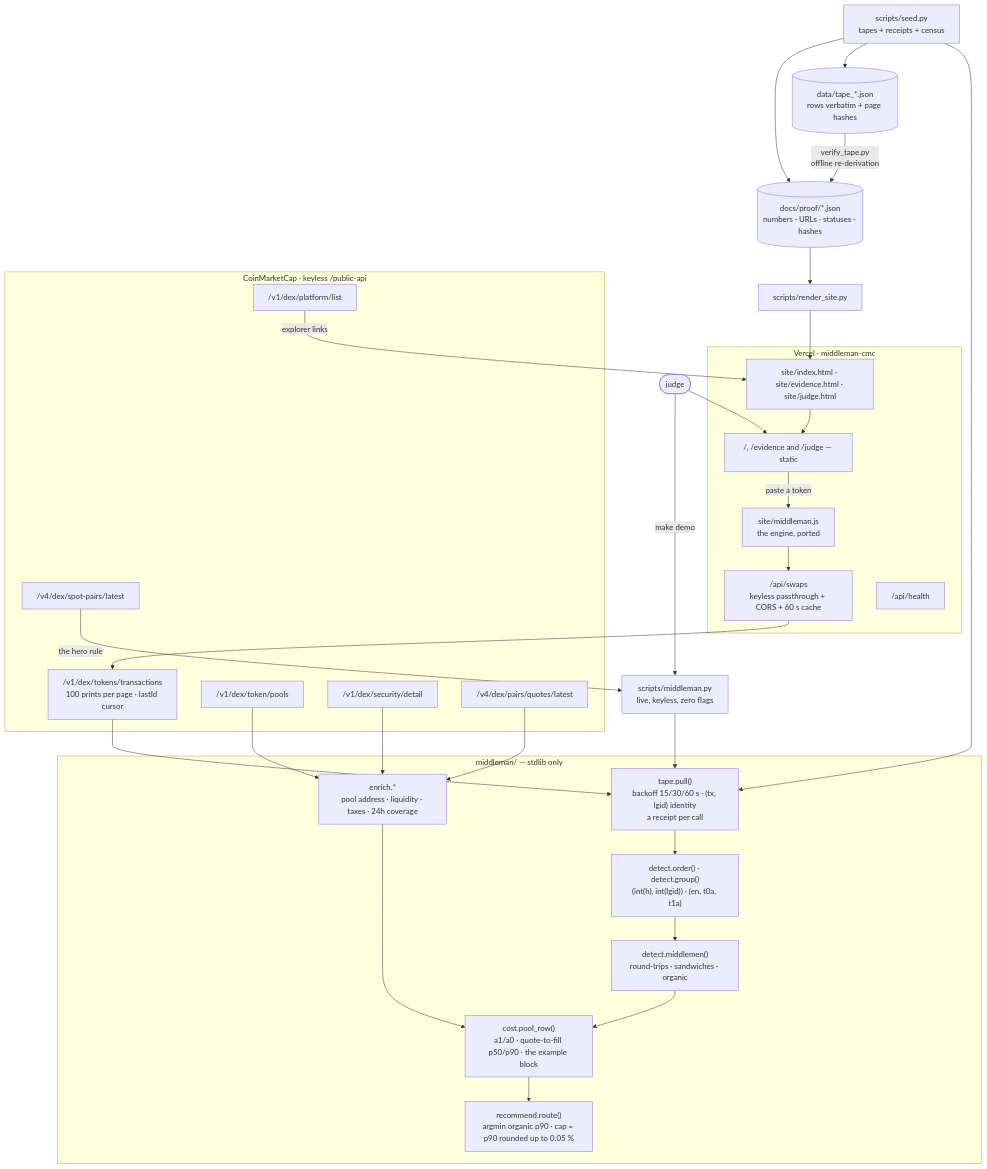
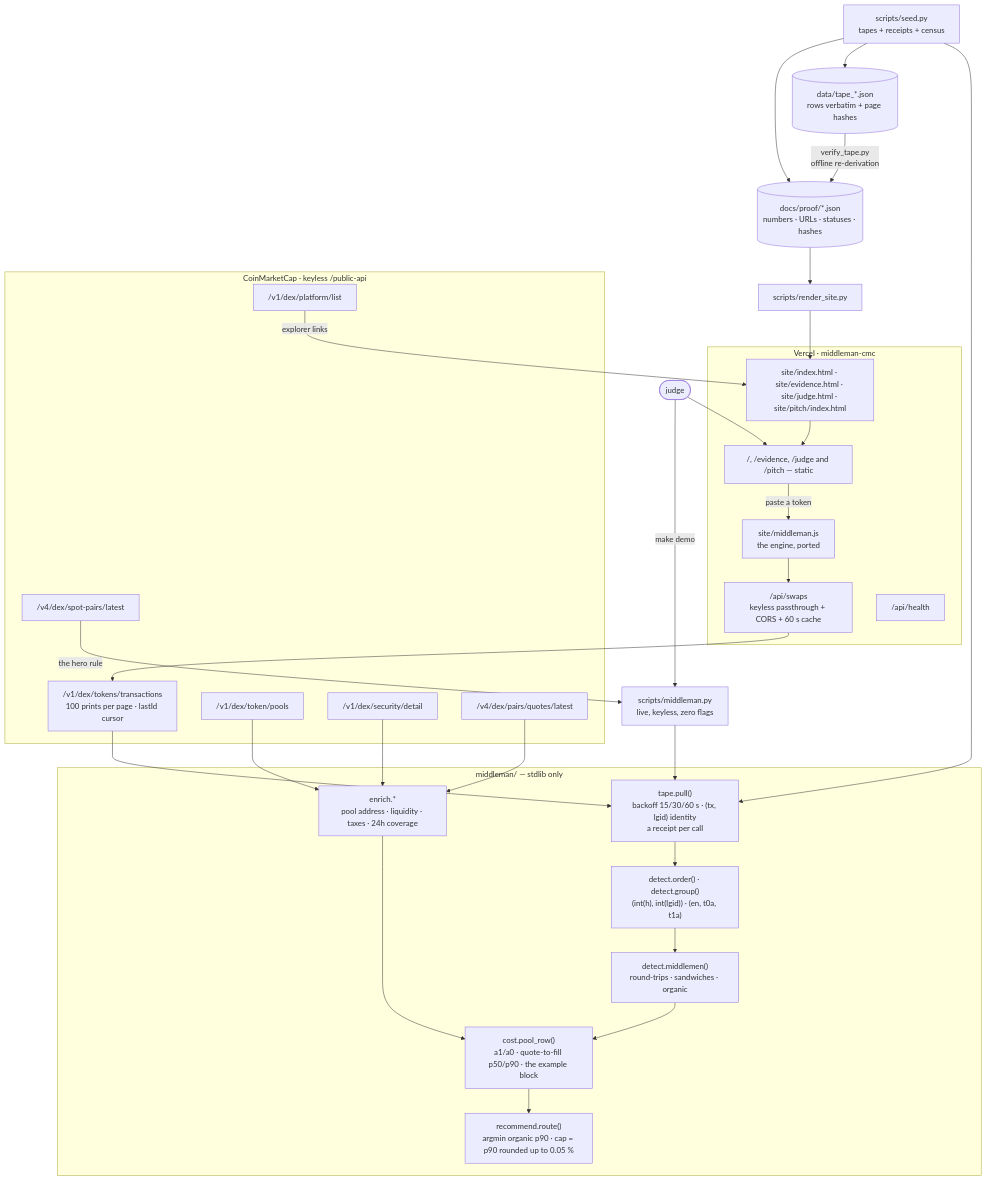
Before and after one commit to edycutjong/middleman: the diagram in ARCHITECTURE.md, drawn with Mermaid. The commit also changed other lines of this file and 1 other file, not shown here.

Commit message:
docs: the deck and the Pages host on the README first screen, the route table and the architecture

````diff
--- a/ARCHITECTURE.md
+++ b/ARCHITECTURE.md
@@ -15,42 +15,42 @@
 ```mermaid
 flowchart TD
   subgraph cmc["CoinMarketCap · keyless /public-api"]
     TX["/v1/dex/tokens/transactions<br/>100 prints per page · lastId cursor"]
     POOLS["/v1/dex/token/pools"]
     SEC["/v1/dex/security/detail"]
     PQ["/v4/dex/pairs/quotes/latest"]
     SP["/v4/dex/spot-pairs/latest"]
     PL["/v1/dex/platform/list"]
   end
 
   subgraph engine["middleman/ — stdlib only"]
     PULL["tape.pull()<br/>backoff 15/30/60 s · (tx, lgid) identity<br/>a receipt per call"]
     ORDER["detect.order() · detect.group()<br/>(int(h), int(lgid)) · (en, t0a, t1a)"]
     JOIN["detect.middlemen()<br/>round-trips · sandwiches · organic"]
     COST["cost.pool_row()<br/>a1/a0 · quote-to-fill p50/p90 · the example block"]
     ROUTE["recommend.route()<br/>argmin organic p90 · cap = p90 rounded up to 0.05 %"]
     LABEL["enrich.*<br/>pool address · liquidity · taxes · 24h coverage"]
   end
 
   TX --> PULL --> ORDER --> JOIN --> COST --> ROUTE
   POOLS & SEC & PQ --> LABEL --> COST
   SP -->|"the hero rule"| CLI
   PL -->|"explorer links"| SITE
 
   CLI["scripts/middleman.py<br/>live, keyless, zero flags"] --> PULL
   SEED["scripts/seed.py<br/>tapes + receipts + census"] --> PULL
   SEED --> TAPE[("data/tape_*.json<br/>rows verbatim + page hashes")]
   SEED --> PROOF[("docs/proof/*.json<br/>numbers · URLs · statuses · hashes")]
   TAPE -->|"verify_tape.py<br/>offline re-derivation"| PROOF
-  PROOF --> RENDER["scripts/render_site.py"] --> SITE["site/index.html · site/evidence.html · site/judge.html"]
+  PROOF --> RENDER["scripts/render_site.py"] --> SITE["site/index.html · site/evidence.html · site/judge.html · site/pitch/index.html"]
 
   subgraph vercel["Vercel · middleman-cmc"]
-    SITE --> PAGE["/, /evidence and /judge — static"]
+    SITE --> PAGE["/, /evidence, /judge and /pitch — static"]
     PAGE -->|"paste a token"| JS["site/middleman.js<br/>the engine, ported"]
     JS --> FN["/api/swaps<br/>keyless passthrough + CORS + 60 s cache"] --> TX
     HEALTH["/api/health"]
   end
 
   JUDGE(["judge"]) --> PAGE
   JUDGE -->|"make demo"| CLI
 ```
````
